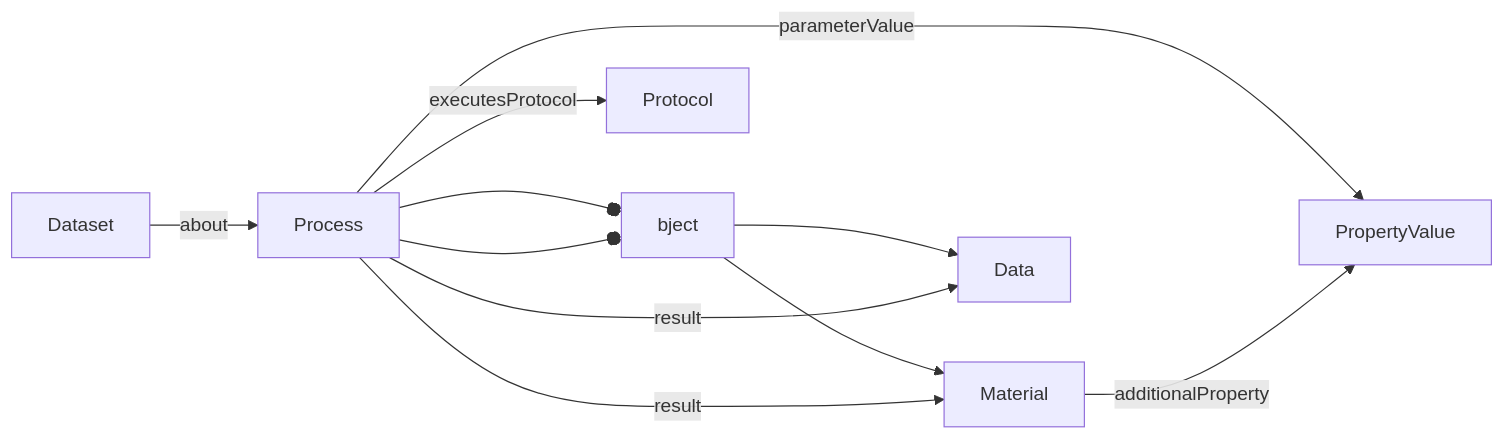
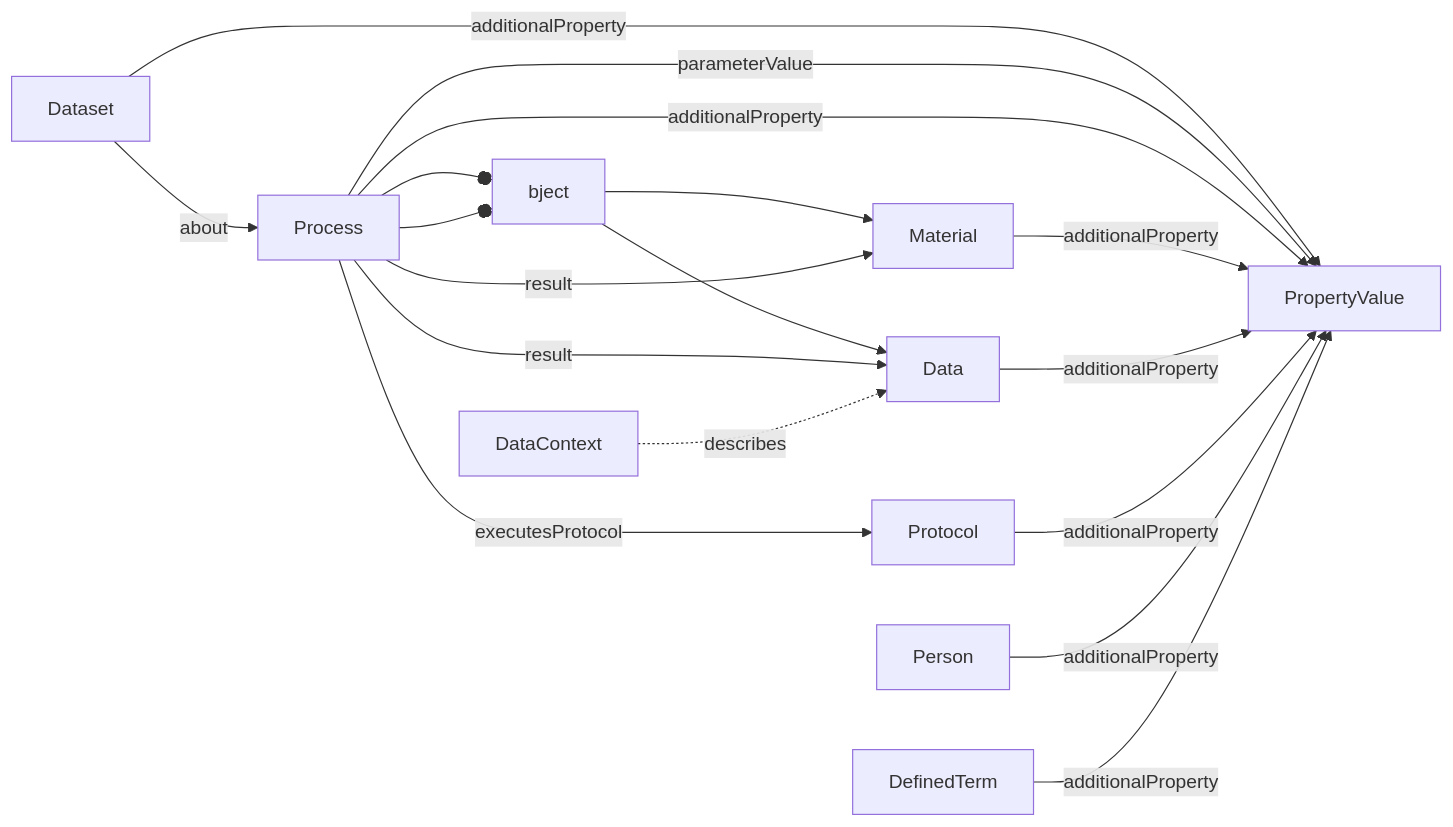
Before and after one commit to HLWeil/ProcessCore: the diagram in spec/core/README.md, drawn with Mermaid. The commit also changed other lines of this file and 17 other files, not shown here.

Commit message:
first go at potentiol data context

````diff
--- a/spec/core/README.md
+++ b/spec/core/README.md
@@ -13,11 +13,18 @@
 ```mermaid
 flowchart LR
     Dataset --about--> Process
+    Dataset --additionalProperty--> PropertyValue
     Process --object--> Material
     Process --object--> Data
     Process --result--> Material
     Process --result--> Data
     Process --parameterValue--> PropertyValue
+    Process --additionalProperty--> PropertyValue
     Process --executesProtocol--> Protocol
     Material --additionalProperty--> PropertyValue
+    Data --additionalProperty--> PropertyValue
+    Protocol --additionalProperty--> PropertyValue
+    Person --additionalProperty--> PropertyValue
+    DefinedTerm --additionalProperty--> PropertyValue
+    DataContext -.describes.-> Data
 ```
````
